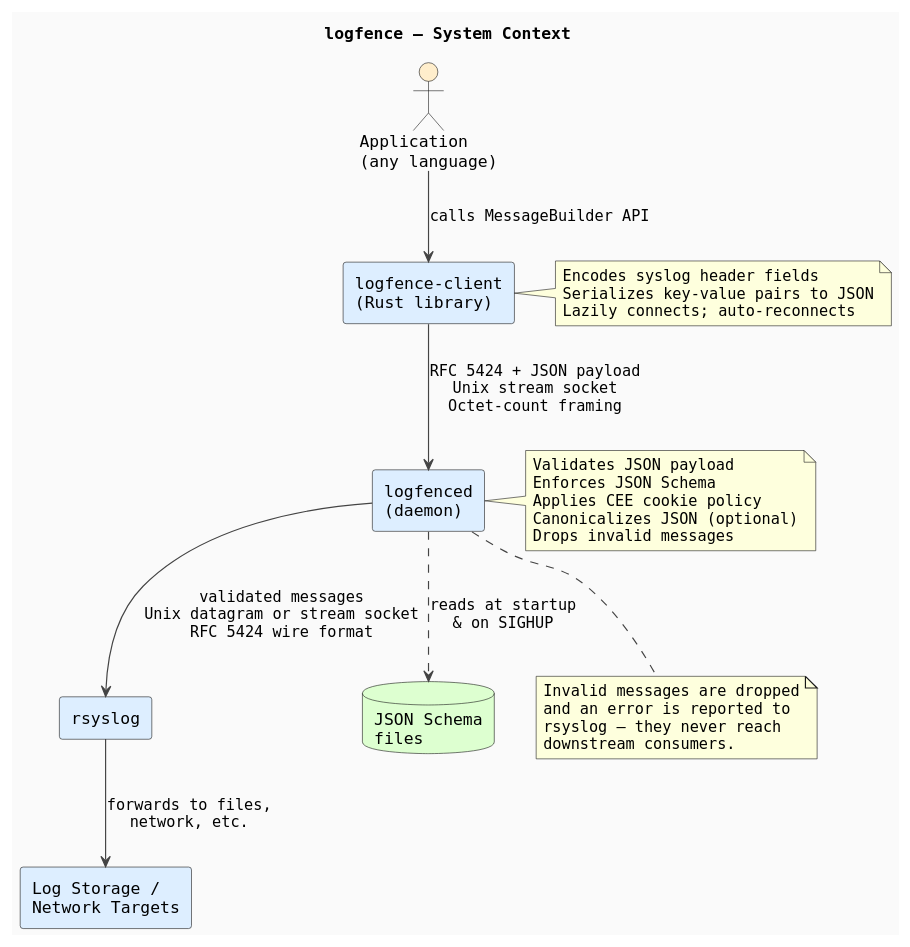
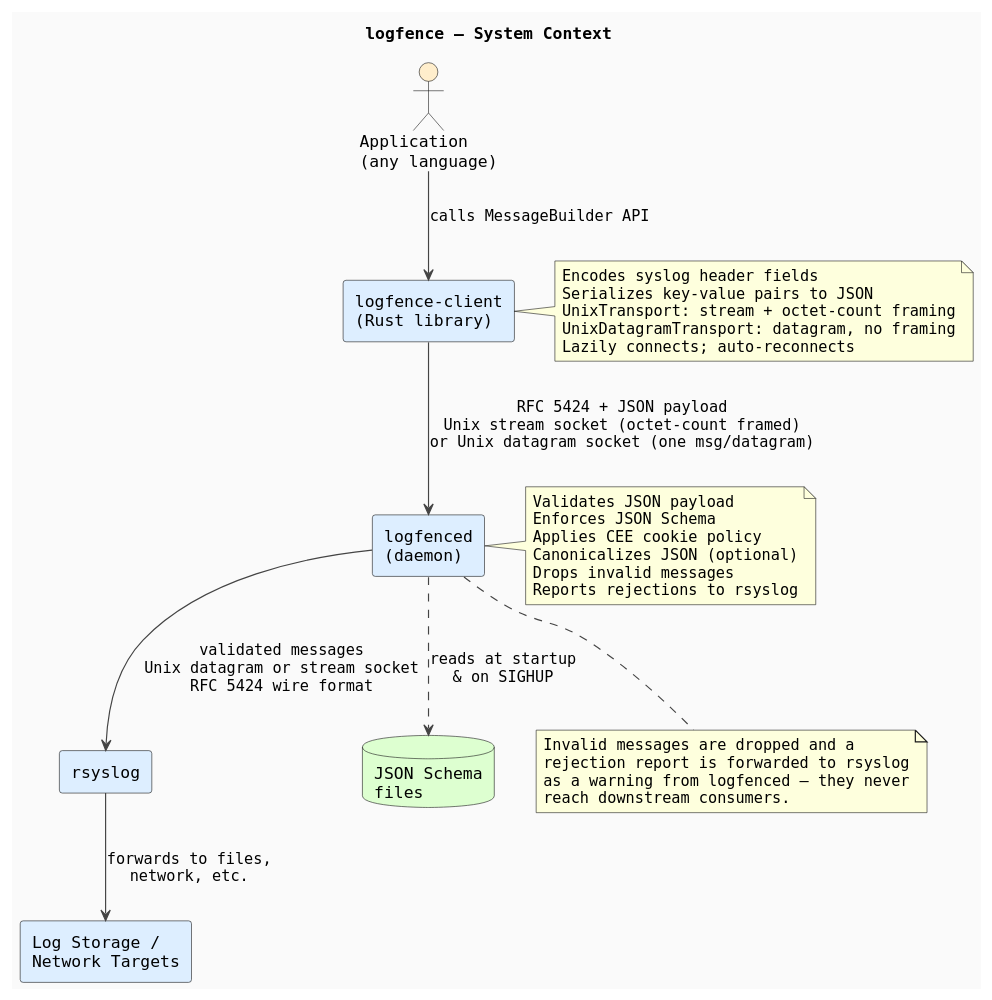
One commit to hildstrom/logfence changed the diagram in docs/diagrams/01-system-context.puml. Above: the diagram before and after it, drawn with PlantUML. The commit also changed 23 other files, not shown here.

Commit message:
datagram input support for logfenced, metrics socket enabled flag, doc updates, diagram updates

```diff
--- a/docs/diagrams/01-system-context.puml
+++ b/docs/diagrams/01-system-context.puml
@@ -1,46 +1,49 @@
 @startuml system-context
 title logfence — System Context
 
 skinparam defaultFontName Monospaced
 skinparam componentStyle rectangle
 skinparam ArrowColor #444444
 skinparam BackgroundColor #FAFAFA
 skinparam ComponentBackgroundColor #DDEEFF
 skinparam DatabaseBackgroundColor #DDFFD0
 skinparam ActorBackgroundColor #FFEECC
 
 actor "Application\n(any language)" as App
 component "logfence-client\n(Rust library)" as Client
 component "logfenced\n(daemon)" as Daemon
 component "rsyslog" as Rsyslog
 database "JSON Schema\nfiles" as Schemas
 component "Log Storage /\nNetwork Targets" as Storage
 
 App --> Client : calls MessageBuilder API
-Client --> Daemon : RFC 5424 + JSON payload\nUnix stream socket\nOctet-count framing
+Client --> Daemon : RFC 5424 + JSON payload\nUnix stream socket (octet-count framed)\nor Unix datagram socket (one msg/datagram)
 Daemon ..> Schemas : reads at startup\n& on SIGHUP
 Daemon --> Rsyslog : validated messages\nUnix datagram or stream socket\nRFC 5424 wire format
 Rsyslog --> Storage : forwards to files,\nnetwork, etc.
 
 note right of Client
   Encodes syslog header fields
   Serializes key-value pairs to JSON
+  UnixTransport: stream + octet-count framing
+  UnixDatagramTransport: datagram, no framing
   Lazily connects; auto-reconnects
 end note
 
 note right of Daemon
   Validates JSON payload
   Enforces JSON Schema
   Applies CEE cookie policy
   Canonicalizes JSON (optional)
   Drops invalid messages
+  Reports rejections to rsyslog
 end note
 
 note bottom of Daemon
-  Invalid messages are dropped
-  and an error is reported to
-  rsyslog — they never reach
-  downstream consumers.
+  Invalid messages are dropped and a
+  rejection report is forwarded to rsyslog
+  as a warning from logfenced — they never
+  reach downstream consumers.
 end note
 
 @enduml
```
